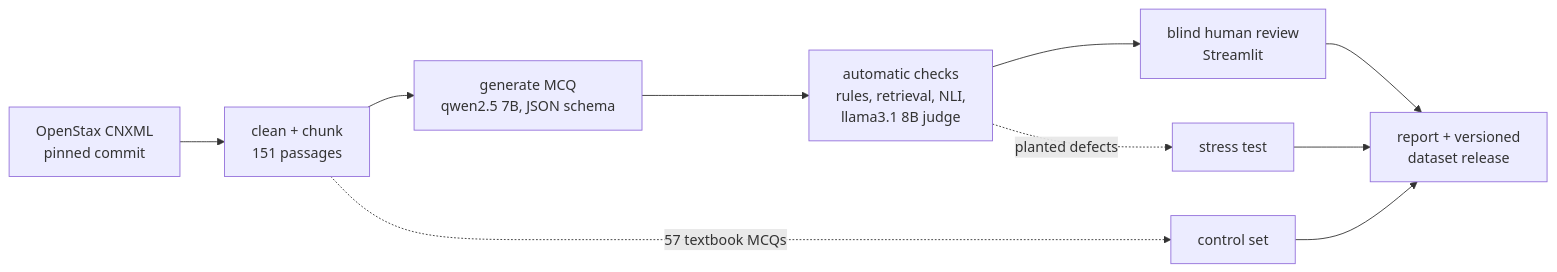
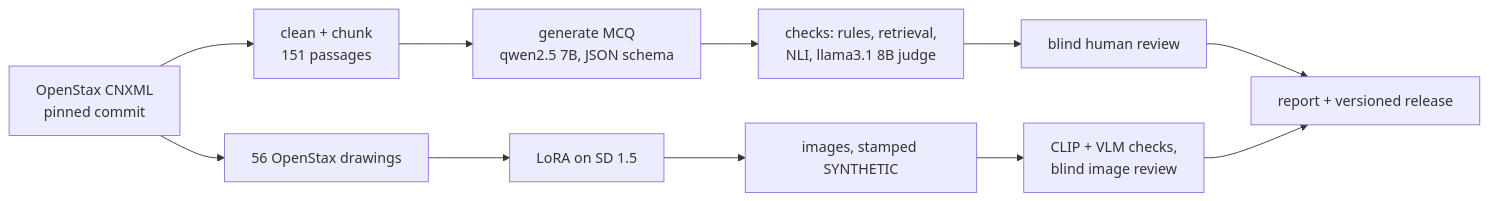
One commit to Sarthak261-rgb/medquiz-studio changed the diagram in README.md. Above: the diagram before and after it, drawn with Mermaid. The commit also changed other lines of this file and 118 other files, not shown here.

Commit message:
Results: 151 questions, checks, control set, stress test, image track with LoRA

````diff
--- a/README.md
+++ b/README.md
@@ -11,12 +34,13 @@
 ```mermaid
 flowchart LR
     A[OpenStax CNXML<br/>pinned commit] --> B[clean + chunk<br/>151 passages]
     B --> C[generate MCQ<br/>qwen2.5 7B, JSON schema]
-    C --> D[automatic checks<br/>rules, retrieval, NLI,<br/>llama3.1 8B judge]
-    D --> E[blind human review<br/>Streamlit]
-    E --> F[report + versioned<br/>dataset release]
-    B -. 57 textbook MCQs .-> G[control set]
-    D -. planted defects .-> H[stress test]
-    G --> F
-    H --> F
+    C --> D[checks: rules, retrieval,<br/>NLI, llama3.1 8B judge]
+    D --> E[blind human review]
+    E --> F[report + versioned release]
+    A --> G[56 OpenStax drawings]
+    G --> H[LoRA on SD 1.5]
+    H --> I[images, stamped SYNTHETIC]
+    I --> J[CLIP + VLM checks,<br/>blind image review]
+    J --> F
 ```
````
